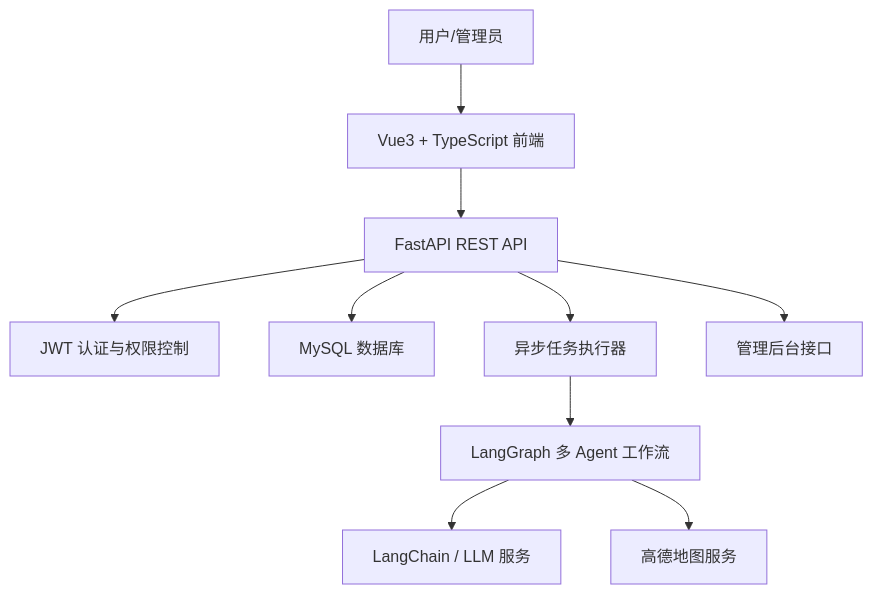
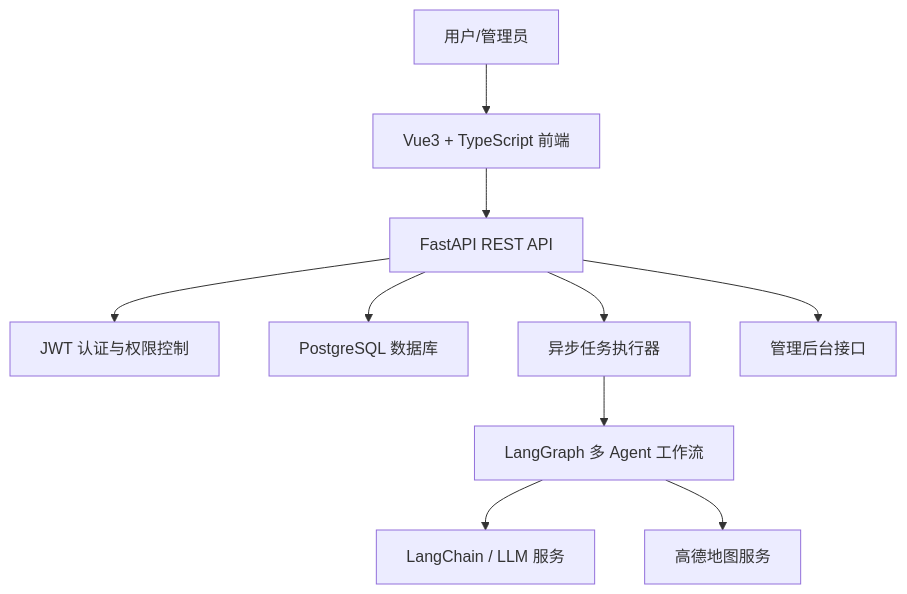
One commit to yirundong/tripmind-intelligent-trip-planner changed the first of 4 diagrams in docs/ARCHITECTURE.md. Above: the diagram before and after it, drawn with Mermaid. The commit also changed 7 other files, not shown here.

Commit message:
Switch database configuration to PostgreSQL

````diff
--- a/docs/ARCHITECTURE.md
+++ b/docs/ARCHITECTURE.md
@@ -7,12 +7,12 @@
 ```mermaid
 flowchart TB
   U["用户/管理员"] --> F["Vue3 + TypeScript 前端"]
   F --> A["FastAPI REST API"]
   A --> Auth["JWT 认证与权限控制"]
-  A --> DB["MySQL 数据库"]
+  A --> DB["PostgreSQL 数据库"]
   A --> Task["异步任务执行器"]
   Task --> G["LangGraph 多 Agent 工作流"]
   G --> LLM["LangChain / LLM 服务"]
   G --> Map["高德地图服务"]
   A --> Admin["管理后台接口"]
 ```
````
